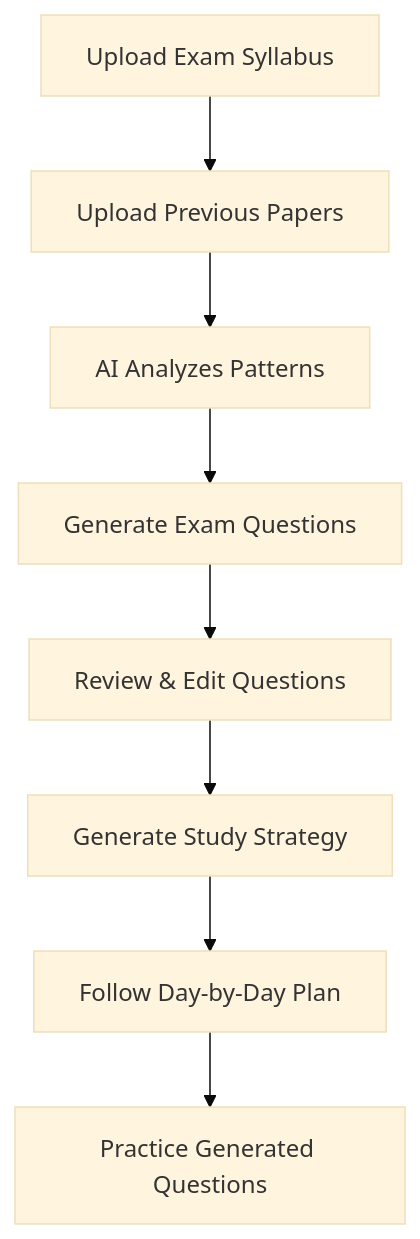
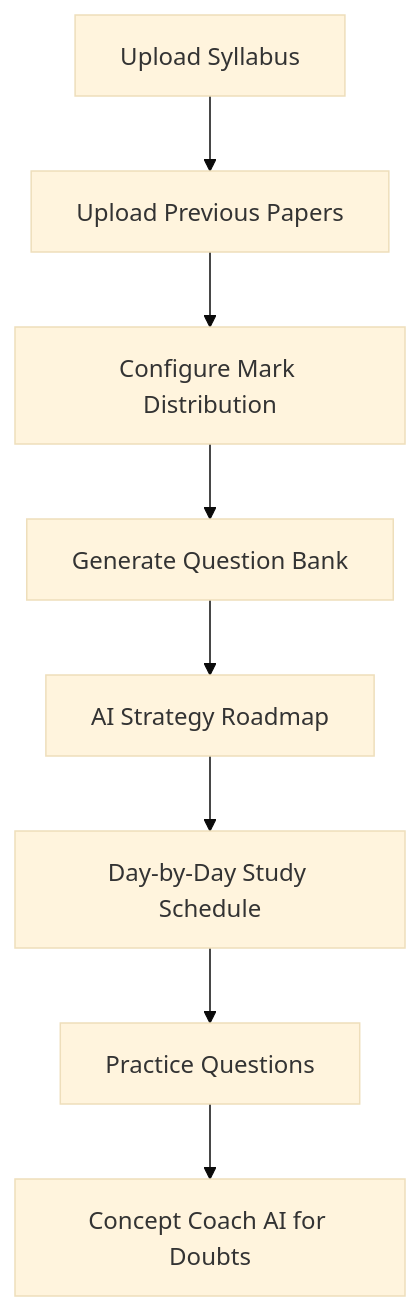
The second of 2 diagrams in README.md (Potri2357/LearnFlow), drawn with Mermaid (base theme) before and after one commit. The commit also changed other lines of this file and 119 other files, not shown here.

````diff
--- a/README.md
+++ b/README.md
@@ -413,10 +367,10 @@
 ```mermaid
 graph TD
-    A[Upload Exam Syllabus] --> B[Upload Previous Papers]
-    B --> C[AI Analyzes Patterns]
-    C --> D[Generate Exam Questions]
-    D --> E[Review & Edit Questions]
-    E --> F[Generate Study Strategy]
-    F --> G[Follow Day-by-Day Plan]
-    G --> H[Practice Generated Questions]
+    A[Upload Syllabus] --> B[Upload Previous Papers]
+    B --> C[Configure Mark Distribution]
+    C --> D[Generate Question Bank]
+    D --> E[AI Strategy Roadmap]
+    E --> F[Day-by-Day Study Schedule]
+    F --> G[Practice Questions]
+    G --> H[Concept Coach AI for Doubts]
 ```
````
